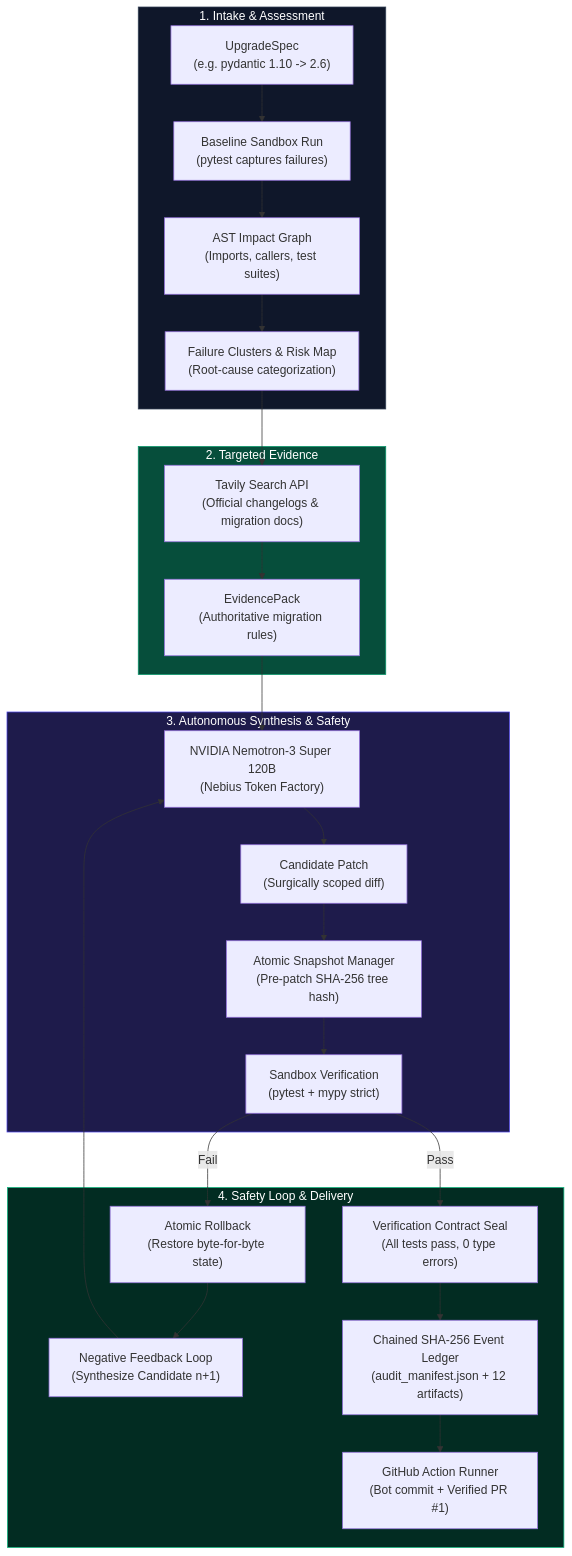
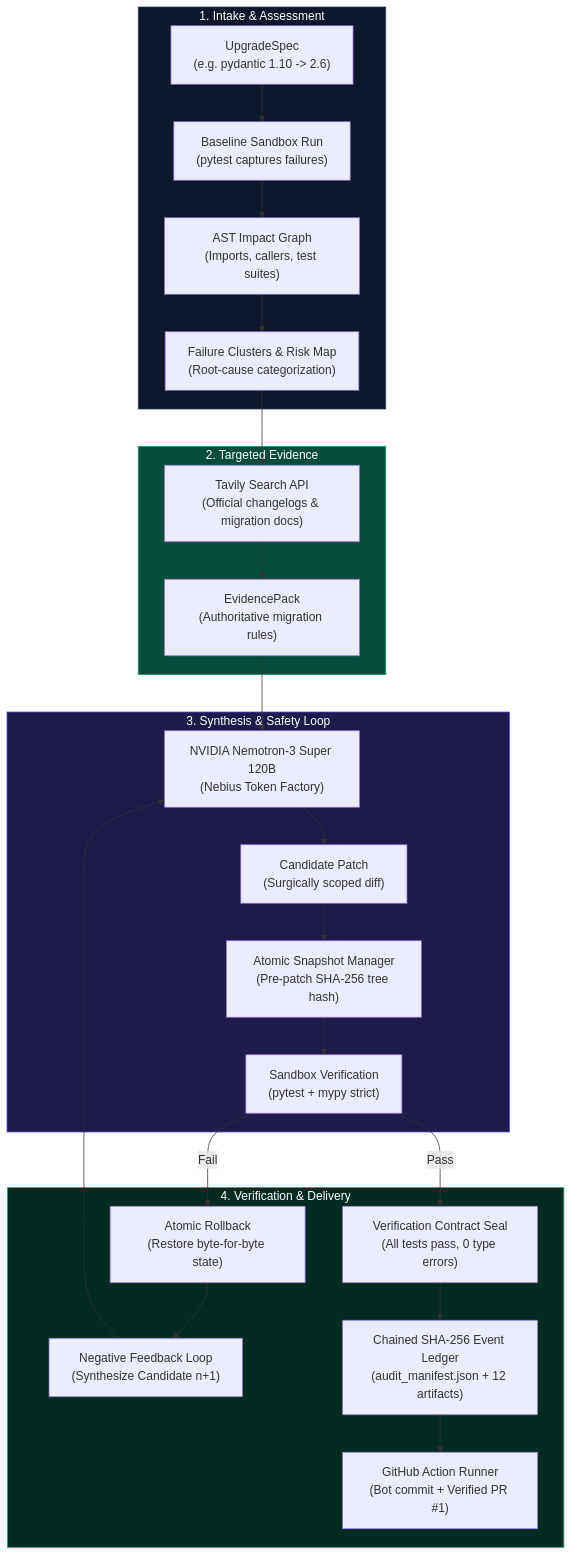
One commit to ROSHAN0230/patchpilot-ci-demo changed the diagram in README.md. Above: the diagram before and after it, drawn with Mermaid. The commit also changed other lines of this file and 16 other files, not shown here.

````diff
--- a/README.md
+++ b/README.md
@@ -30,34 +30,34 @@
 ```mermaid
 flowchart TD
     subgraph INTAKE ["1. Intake & Assessment"]
         SPEC["UpgradeSpec<br/>(e.g. pydantic 1.10 -> 2.6)"] --> BASELINE["Baseline Sandbox Run<br/>(pytest captures failures)"]
         BASELINE --> GRAPH["AST Impact Graph<br/>(Imports, callers, test suites)"]
         GRAPH --> CLUSTER["Failure Clusters & Risk Map<br/>(Root-cause categorization)"]
     end
 
     subgraph RESEARCH ["2. Targeted Evidence"]
         CLUSTER --> TAVILY["Tavily Search API<br/>(Official changelogs & migration docs)"]
         TAVILY --> PACK["EvidencePack<br/>(Authoritative migration rules)"]
     end
 
-    subgraph SYNTHESIS ["3. Autonomous Synthesis & Safety"]
+    subgraph SYNTHESIS ["3. Synthesis & Safety Loop"]
         PACK --> NEMOTRON["NVIDIA Nemotron-3 Super 120B<br/>(Nebius Token Factory)"]
         NEMOTRON --> CAND["Candidate Patch<br/>(Surgically scoped diff)"]
         CAND --> SNAPSHOT["Atomic Snapshot Manager<br/>(Pre-patch SHA-256 tree hash)"]
         SNAPSHOT --> SANDBOX["Sandbox Verification<br/>(pytest + mypy strict)"]
     end
 
-    subgraph RESOLUTION ["4. Safety Loop & Delivery"]
+    subgraph RESOLUTION ["4. Verification & Delivery"]
         SANDBOX -- "Fail" --> ROLLBACK["Atomic Rollback<br/>(Restore byte-for-byte state)"]
         ROLLBACK --> NEG_FEEDBACK["Negative Feedback Loop<br/>(Synthesize Candidate n+1)"]
         NEG_FEEDBACK --> NEMOTRON
         SANDBOX -- "Pass" --> SEAL["Verification Contract Seal<br/>(All tests pass, 0 type errors)"]
         SEAL --> LEDGER["Chained SHA-256 Event Ledger<br/>(audit_manifest.json + 12 artifacts)"]
         LEDGER --> GITHUB["GitHub Action Runner<br/>(Bot commit + Verified PR #1)"]
     end
 
     style INTAKE fill:#0f172a,stroke:#334155,color:#fff
     style RESEARCH fill:#064e3b,stroke:#059669,color:#fff
     style SYNTHESIS fill:#1e1b4b,stroke:#4f46e5,color:#fff
     style RESOLUTION fill:#022c22,stroke:#10b981,color:#fff
 ```
````
